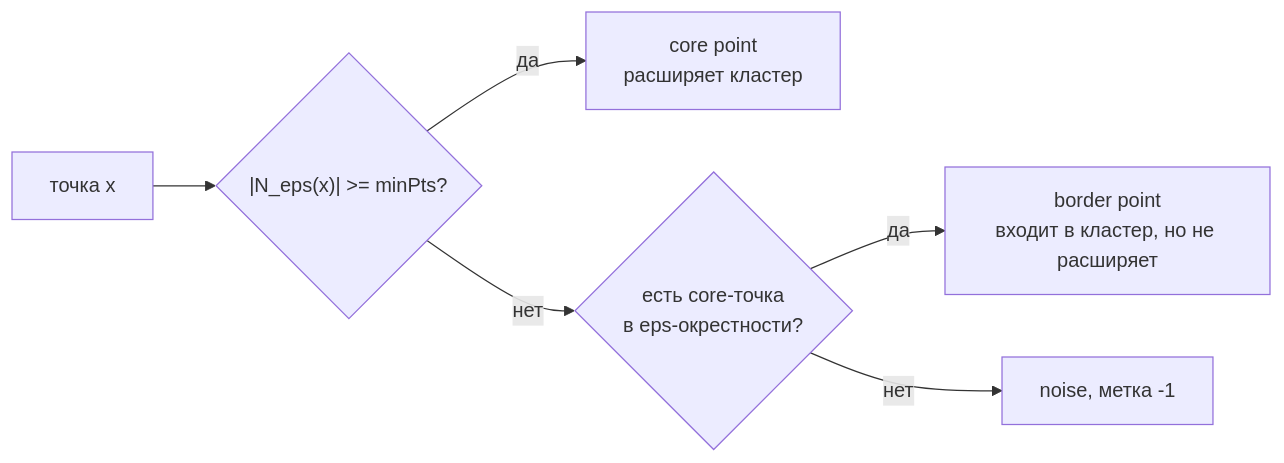
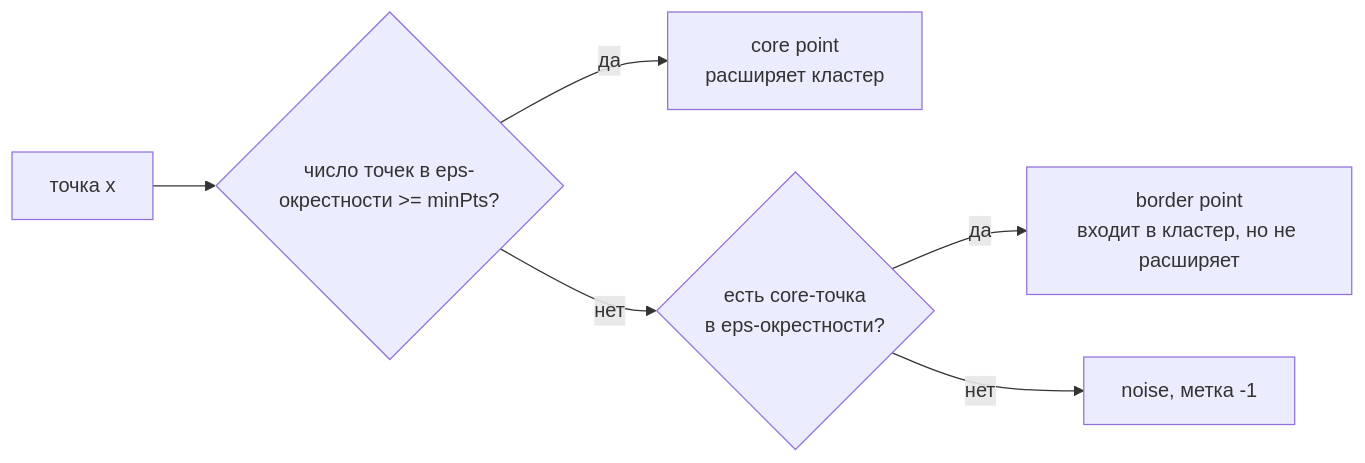
One commit to avanturer/ml-handbook changed the diagram in docs/02-classic-ml/10-clustering.md. Above: the diagram before and after it, drawn with Mermaid. The commit also changed other lines of this file and 6 other files, not shown here.

````diff
--- a/docs/02-classic-ml/10-clustering.md
+++ b/docs/02-classic-ml/10-clustering.md
@@ -512,8 +512,8 @@
 ```mermaid
 flowchart LR
-    A["точка x"] --> B{"|N_eps(x)| >= minPts?"}
+    A["точка x"] --> B{"число точек в eps-окрестности >= minPts?"}
     B -- "да" --> C["core point<br/>расширяет кластер"]
     B -- "нет" --> D{"есть core-точка<br/>в eps-окрестности?"}
     D -- "да" --> E["border point<br/>входит в кластер, но не расширяет"]
     D -- "нет" --> F["noise, метка -1"]
 ```
````
